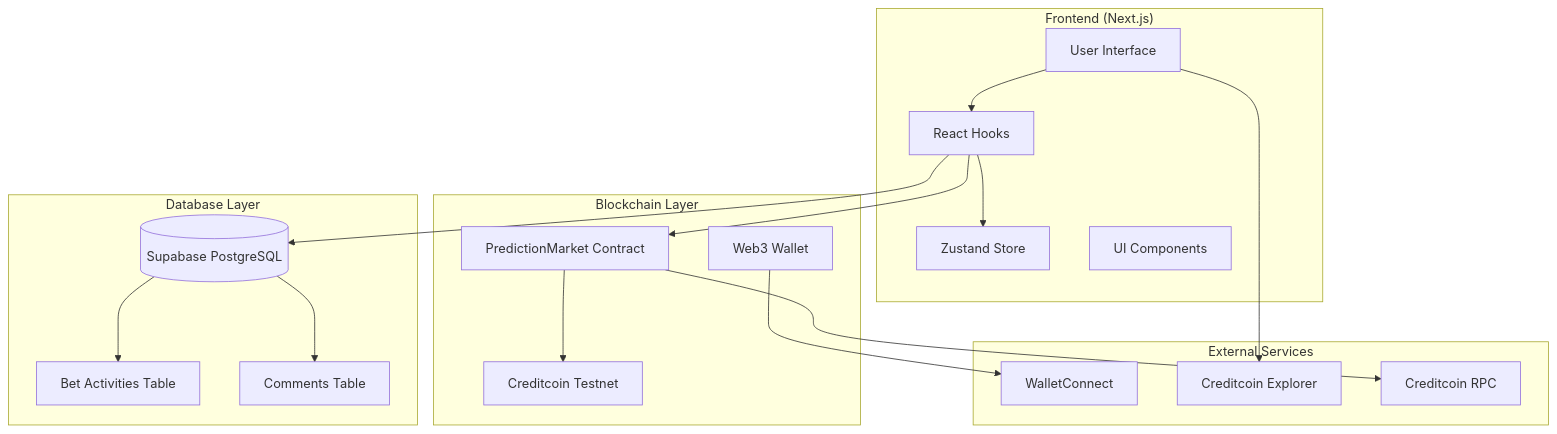
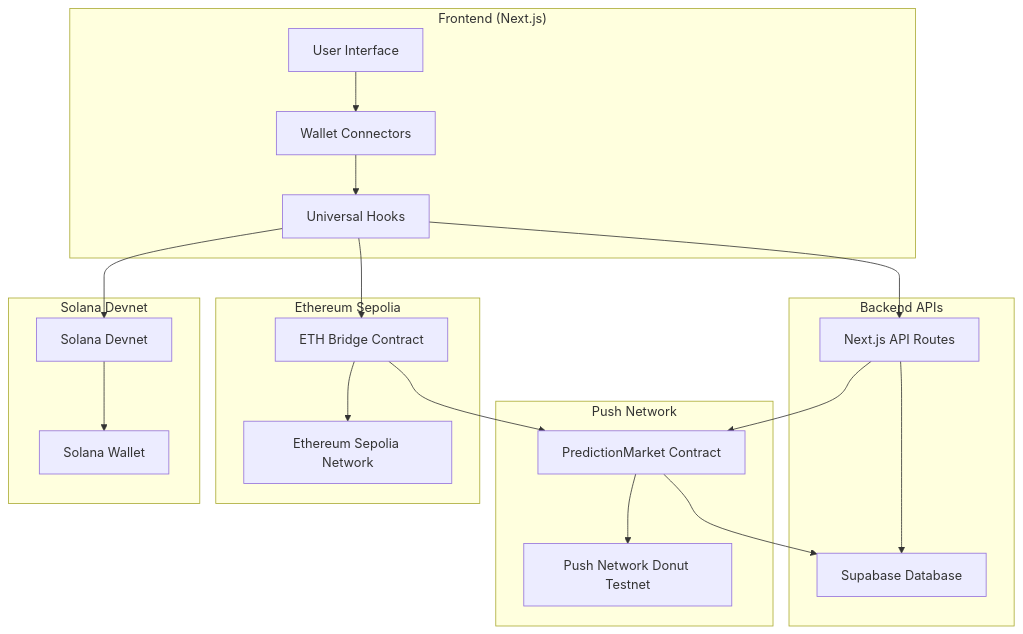
Before and after one commit to enliven17/push-predict: the first of 10 diagrams in diagrams.md, drawn with Mermaid. The commit also changed other lines of this file and 19 other files, not shown here.

````diff
--- a/diagrams.md
+++ b/diagrams.md
@@ -7,38 +7,44 @@
 ```mermaid
 graph TB
     subgraph "Frontend (Next.js)"
         UI[User Interface]
-        Hooks[React Hooks]
-        Store[Zustand Store]
-        Components[UI Components]
+        WC[Wallet Connectors]
+        UH[Universal Hooks]
     end
     
-    subgraph "Blockchain Layer"
-        Contract[PredictionMarket Contract]
-        Wallet[Web3 Wallet]
-        CTC[Creditcoin Testnet]
+    subgraph "Backend APIs"
+        API[Next.js API Routes]
+        SB[Supabase Database]
     end
     
-    subgraph "Database Layer"
-        Supabase[(Supabase PostgreSQL)]
-        BetActivities[Bet Activities Table]
-        Comments[Comments Table]
+    subgraph "Push Network"
+        PC[PredictionMarket Contract]
+        PN[Push Network Donut Testnet]
     end
     
-    subgraph "External Services"
-        WalletConnect[WalletConnect]
-        Explorer[Creditcoin Explorer]
-        RPC[Creditcoin RPC]
+    subgraph "Ethereum Sepolia"
+        EB[ETH Bridge Contract]
+        ES[Ethereum Sepolia Network]
     end
     
-    UI --> Hooks
-    Hooks --> Store
-    Hooks --> Contract
-    Contract --> CTC
-    Wallet --> WalletConnect
-    Contract --> RPC
-    Hooks --> Supabase
-    Supabase --> BetActivities
-    Supabase --> Comments
-    UI --> Explorer
+    subgraph "Solana Devnet"
+        SD[Solana Devnet]
+        SW[Solana Wallet]
+    end
+    
+    UI --> WC
+    WC --> UH
+    UH --> API
+    API --> SB
+    API --> PC
+    PC --> PN
+    
+    UH --> EB
+    EB --> ES
+    
+    UH --> SD
+    SD --> SW
+    
+    PC --> SB
+    EB --> PC
 ```
````
